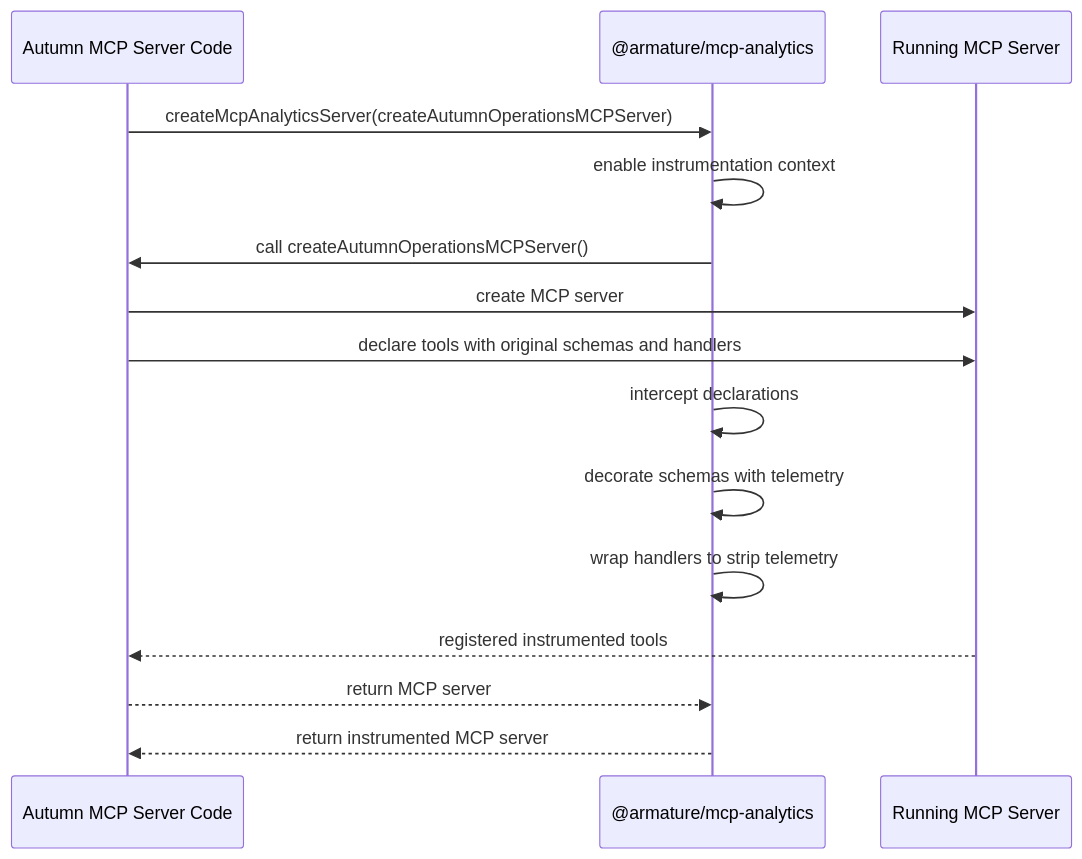
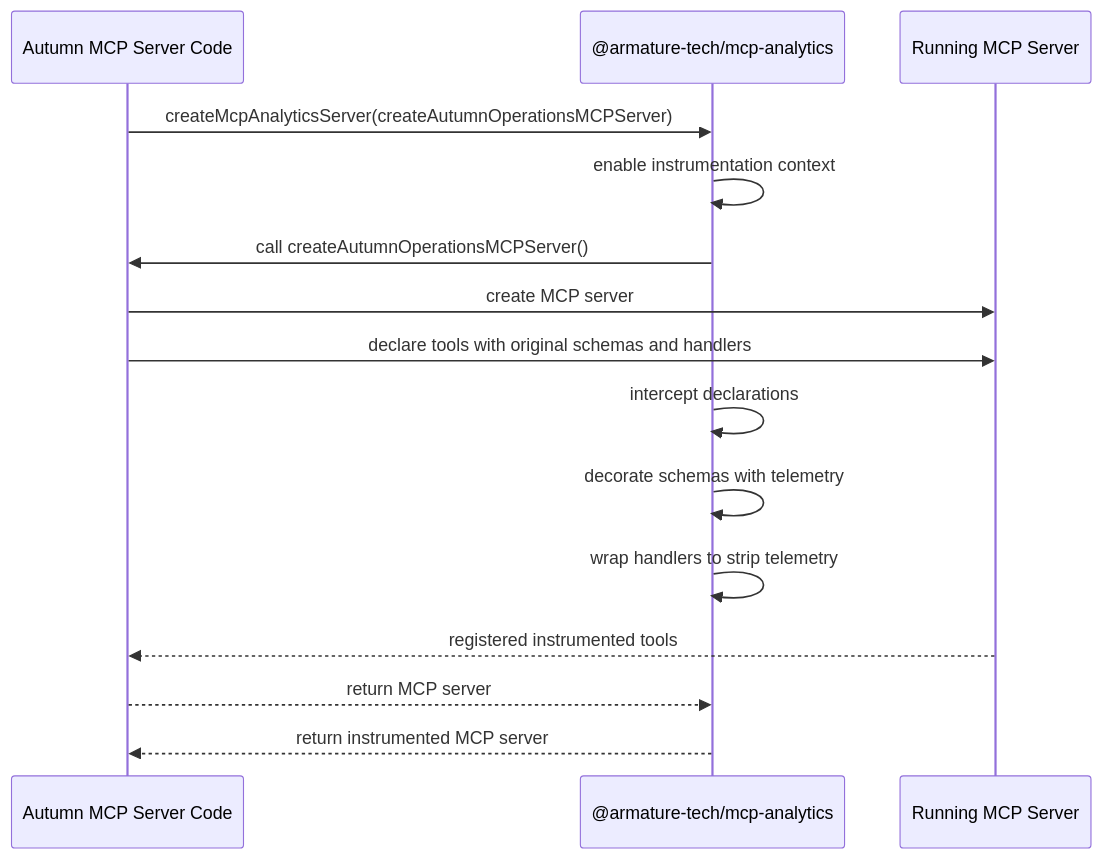
One commit to armature-tech/mcp-analytics changed the first of 2 diagrams in docs/mcp-analytics-architecture.md. Above: the diagram before and after it, drawn with Mermaid. The commit also changed other lines of this file and 6 other files, not shown here.

````diff
--- a/docs/mcp-analytics-architecture.md
+++ b/docs/mcp-analytics-architecture.md
@@ -17,21 +17,21 @@
 ```mermaid
 sequenceDiagram
   participant AutumnCode as Autumn MCP Server Code
-  participant SDK as @armature/mcp-analytics
+  participant SDK as @armature-tech/mcp-analytics
   participant MCP as Running MCP Server
 
   AutumnCode->>SDK: createMcpAnalyticsServer(createAutumnOperationsMCPServer)
   SDK->>SDK: enable instrumentation context
   SDK->>AutumnCode: call createAutumnOperationsMCPServer()
 
   AutumnCode->>MCP: create MCP server
   AutumnCode->>MCP: declare tools with original schemas and handlers
 
   SDK->>SDK: intercept declarations
   SDK->>SDK: decorate schemas with telemetry
   SDK->>SDK: wrap handlers to strip telemetry
 
   MCP-->>AutumnCode: registered instrumented tools
   AutumnCode-->>SDK: return MCP server
   SDK-->>AutumnCode: return instrumented MCP server
 ```
````
